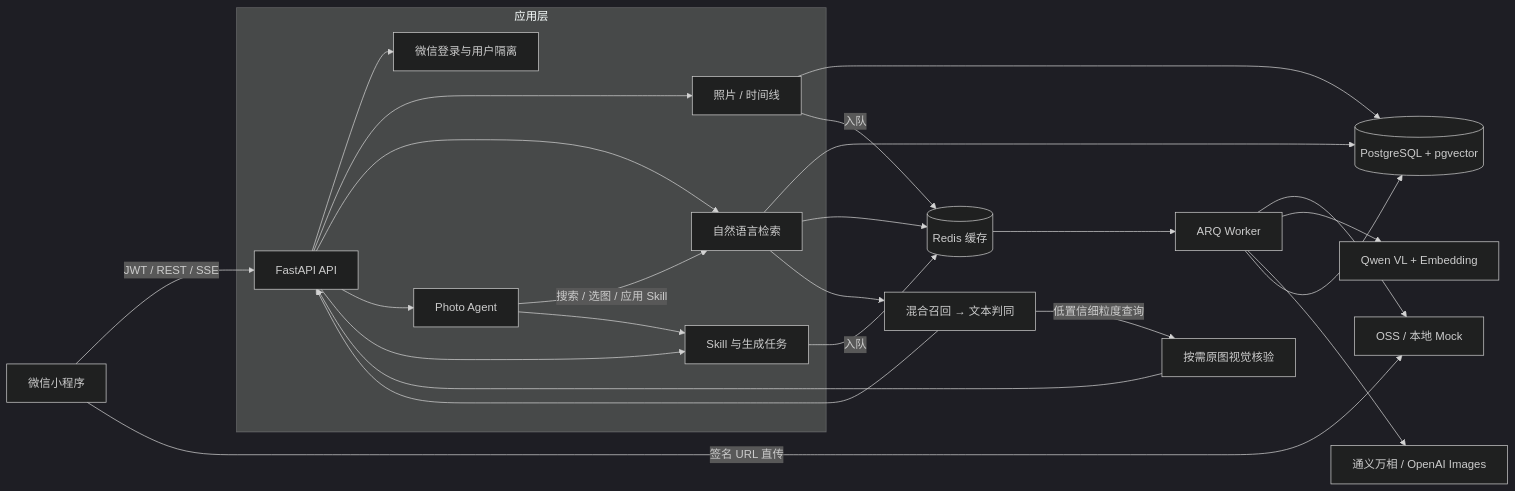
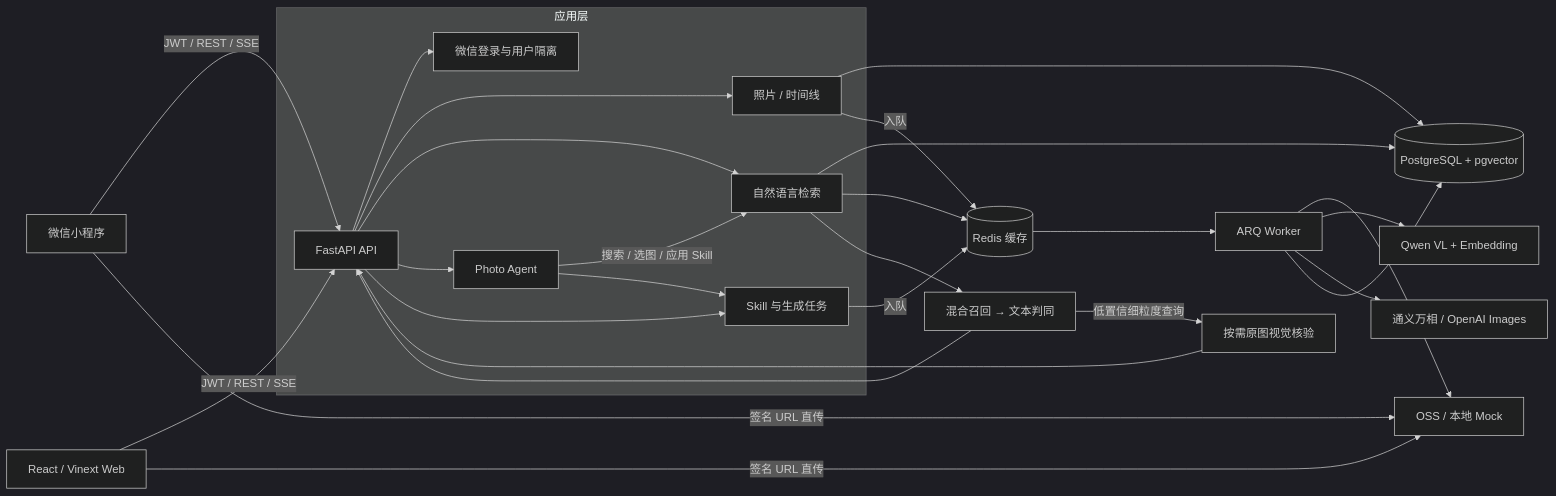
The diagram in README.md (cao-yun-peng/photo-agent), drawn with Mermaid (dark theme) before and after one commit. The commit also changed other lines of this file and 49 other files, not shown here.

````diff
--- a/README.md
+++ b/README.md
@@ -40,32 +40,34 @@
 ```mermaid
 flowchart LR
     U["微信小程序"] -->|"JWT / REST / SSE"| API["FastAPI API"]
+    WEB["React / Vinext Web"] -->|"JWT / REST / SSE"| API
     U -->|"签名 URL 直传"| OSS["OSS / 本地 Mock"]
+    WEB -->|"签名 URL 直传"| OSS
 
     subgraph Backend["应用层"]
         API --> AUTH["微信登录与用户隔离"]
         API --> PHOTO["照片 / 时间线"]
         API --> SEARCH["自然语言检索"]
         API --> AGENT["Photo Agent"]
         API --> SKILL["Skill 与生成任务"]
     end
 
     PHOTO --> PG[("PostgreSQL + pgvector")]
     SEARCH --> PG
     SEARCH --> REDIS[("Redis 缓存")]
     PHOTO -->|"入队"| REDIS
     SKILL -->|"入队"| REDIS
 
     REDIS --> WORKER["ARQ Worker"]
     WORKER --> OSS
     WORKER --> AI["Qwen VL + Embedding"]
     WORKER --> GEN["通义万相 / OpenAI Images"]
     WORKER --> PG
 
     SEARCH --> RERANK["混合召回 → 文本判同"]
     RERANK -->|"低置信细粒度查询"| VERIFY["按需原图视觉核验"]
     RERANK --> API
     VERIFY --> API
     AGENT -->|"搜索 / 选图 / 应用 Skill"| SEARCH
     AGENT --> SKILL
 ```
````
